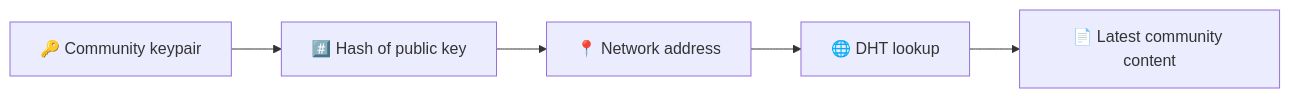
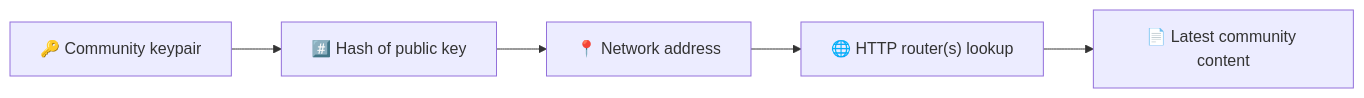
One commit to bitsocialnet/bitsocial-web changed the first of 5 diagrams in docs/peer-to-peer-protocol.md. Above: the diagram before and after it, drawn with Mermaid. The commit also changed other lines of this file, not shown here.

First line of the commit message:
docs(peer-to-peer-protocol): replace DHT with HTTP routers

````diff
--- a/docs/peer-to-peer-protocol.md
+++ b/docs/peer-to-peer-protocol.md
@@ -31,7 +31,7 @@
 ```mermaid
 graph LR
     K["🔑 Community keypair"] --> H["#️⃣ Hash of public key"]
     H --> A["📍 Network address"]
-    A --> D["🌐 DHT lookup"]
+    A --> D["🌐 HTTP router(s) lookup"]
     D --> C["📄 Latest community content"]
 ```
````
